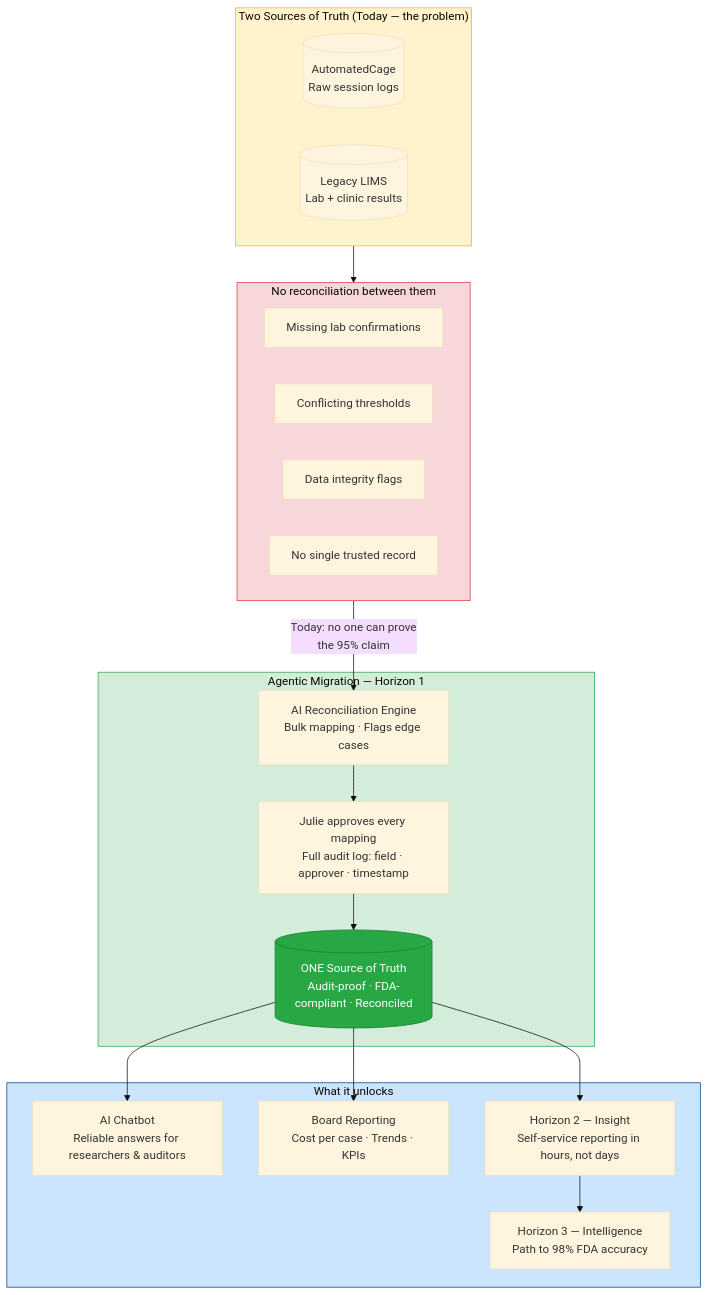
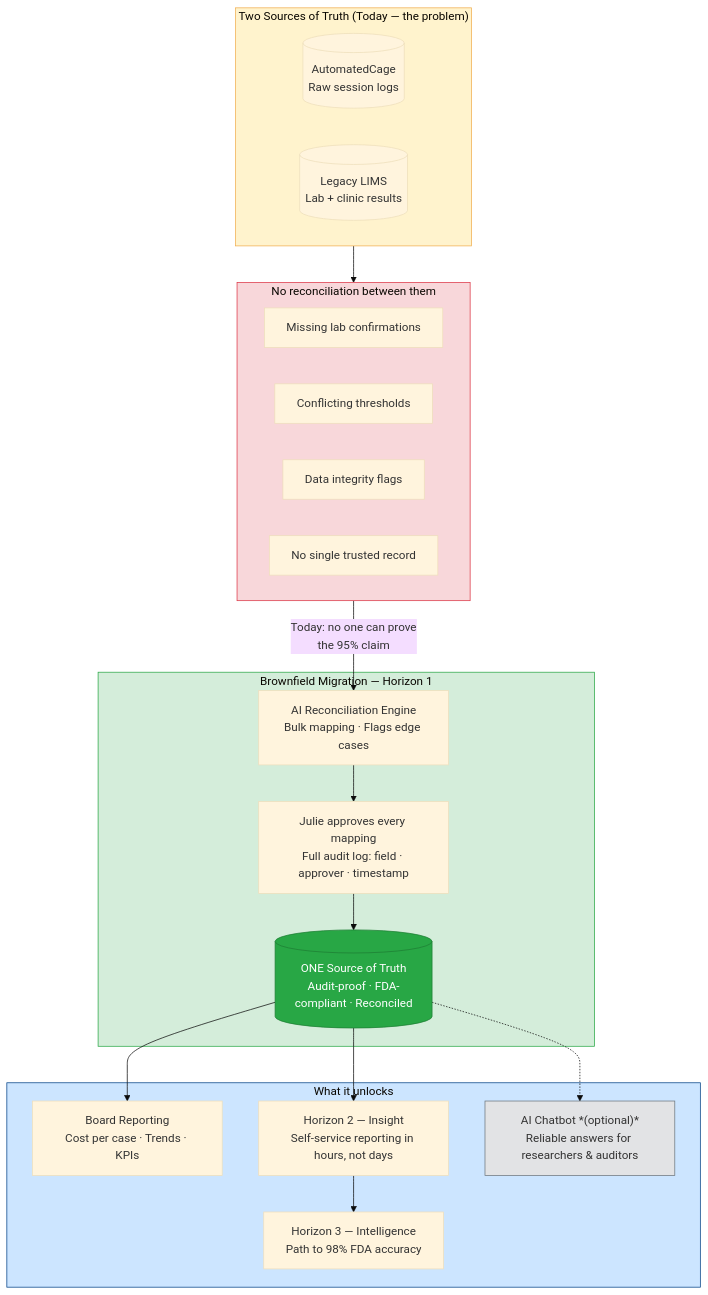
One commit to stefanoslucenae61/hackton_apopo changed the first of 2 diagrams in meeting-notes/poc-presentation-plan.md. Above: the diagram before and after it, drawn with Mermaid (base theme). The commit also changed other lines of this file, not shown here.

Commit message:
Update POC presentation plan: refine slide structure, clarify migration strategy, and enhance action items for FDA readiness.

````diff
--- a/meeting-notes/poc-presentation-plan.md
+++ b/meeting-notes/poc-presentation-plan.md
@@ -17,42 +17,43 @@
 ```mermaid
 flowchart TD
     subgraph SOURCES["Two Sources of Truth (Today — the problem)"]
         CAGE[("AutomatedCage\nRaw session logs")]
         LIMS[("Legacy LIMS\nLab + clinic results")]
     end
 
     subgraph DQ["No reconciliation between them"]
         DQ1["Missing lab confirmations"]
         DQ2["Conflicting thresholds"]
         DQ3["Data integrity flags"]
         DQ4["No single trusted record"]
     end
 
-    subgraph MIGRATE["Agentic Migration — Horizon 1"]
+    subgraph MIGRATE["Brownfield Migration — Horizon 1"]
         AI["AI Reconciliation Engine\nBulk mapping · Flags edge cases"]
         ANALYST["Julie approves every mapping\nFull audit log: field · approver · timestamp"]
         CLEAN[("ONE Source of Truth\nAudit-proof · FDA-compliant · Reconciled")]
     end
 
     subgraph OUTPUTS["What it unlocks"]
-        CHATBOT["AI Chatbot\nReliable answers for researchers & auditors"]
         REPORT["Board Reporting\nCost per case · Trends · KPIs"]
         H2["Horizon 2 — Insight\nSelf-service reporting in hours, not days"]
         H3["Horizon 3 — Intelligence\nPath to 98% FDA accuracy"]
+        CHATBOT["AI Chatbot *(optional)*\nReliable answers for researchers & auditors"]
     end
 
     SOURCES --> DQ
     DQ -->|"Today: no one can prove\nthe 95% claim"| AI
     AI --> ANALYST
     ANALYST --> CLEAN
-    CLEAN --> CHATBOT
     CLEAN --> REPORT
     CLEAN --> H2
     H2 --> H3
+    CLEAN -.-> CHATBOT
 
     style SOURCES fill:#fff3cd,stroke:#f0ad4e
     style DQ fill:#f8d7da,stroke:#dc3545
     style MIGRATE fill:#d4edda,stroke:#28a745
     style OUTPUTS fill:#cce5ff,stroke:#004085
     style CLEAN fill:#28a745,color:#fff,stroke:#1e7e34
+    style CHATBOT fill:#e2e3e5,stroke:#6c757d
 ```
````
